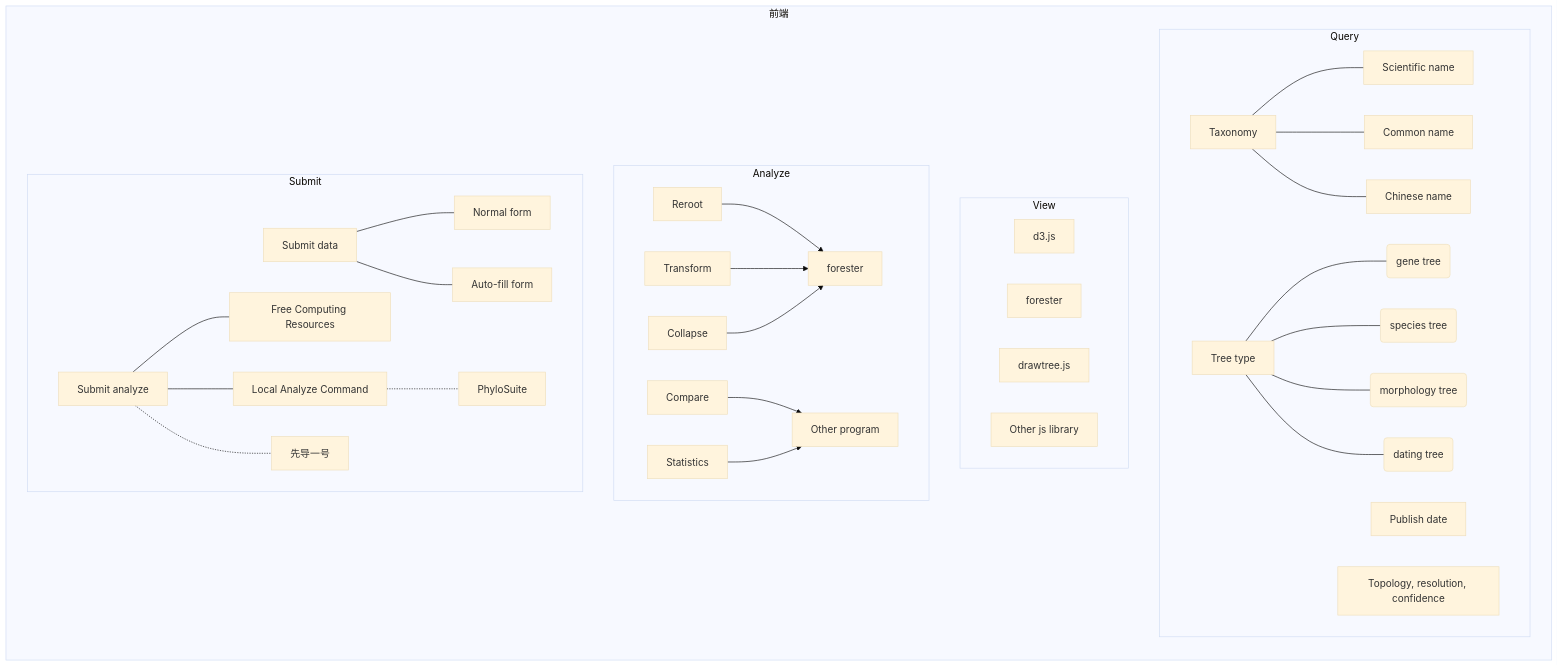
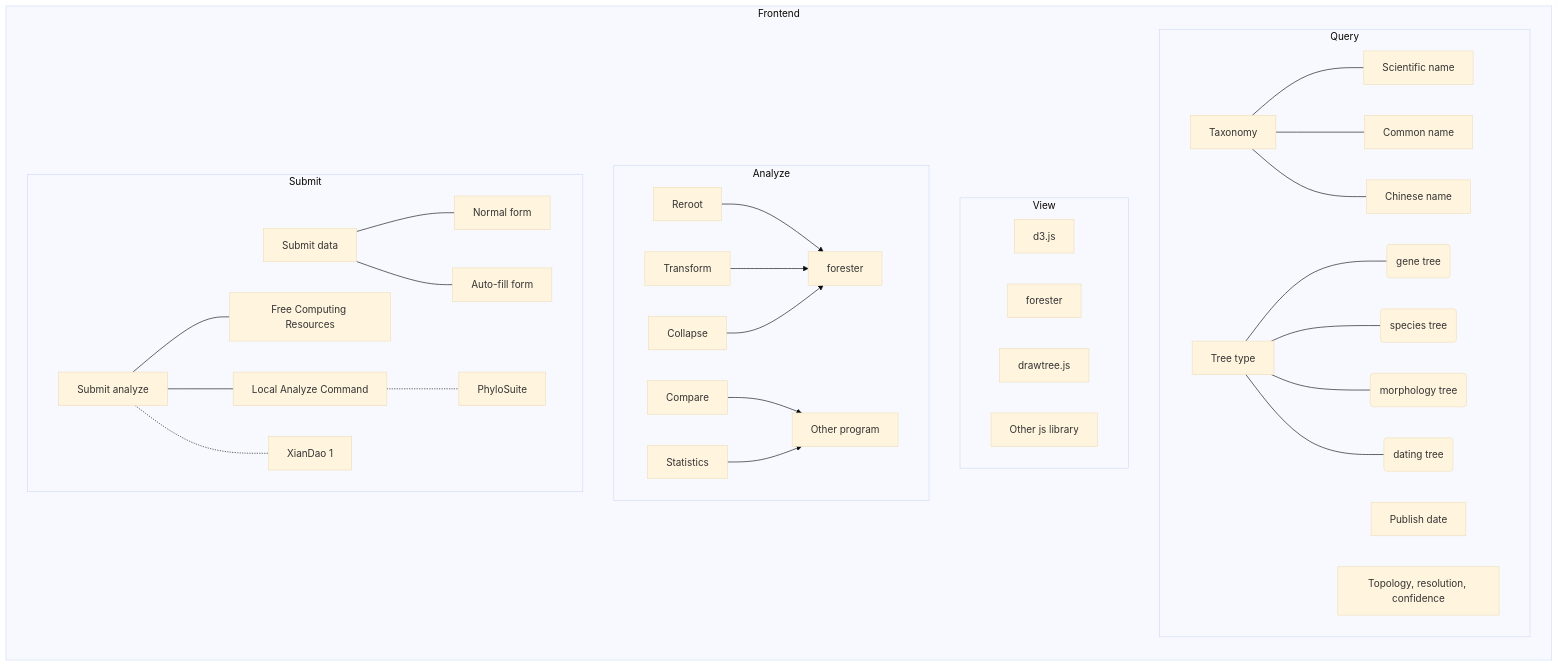
One commit to wpwupingwp/treehub changed the third of 4 diagrams in README.md. Above: the diagram before and after it, drawn with Mermaid. The commit also changed other lines of this file, not shown here.

Commit message:
pycharm do not support chinese in mermaid

````diff
--- a/README.md
+++ b/README.md
@@ -100,39 +100,39 @@
 ```mermaid
 %%{init: {'theme': 'base'}}%%
 flowchart LR
-    subgraph 前端
+    subgraph Frontend
         subgraph Query
             q1[Taxonomy]
             q1 --- qq1[Scientific name]
             q1 --- qq2[Common name]
             q1 --- qq3[Chinese name]
             q2[Publish date]
             q3[Tree type]
             q3 --- t1(gene tree)
             q3 --- t2(species tree)
             q3 --- t3(morphology tree)
             q3 --- t4(dating tree)
             q4[Topology, resolution, confidence]
         end
         subgraph View
             v1[d3.js]
             v2[forester]
             v3[drawtree.js]
             v4[Other js library]
         end
         subgraph Analyze
             Reroot --> forester
             Transform --> forester
             Collapse --> forester
             Compare --> a1[Other program]
             Statistics --> a1
         end
         subgraph Submit
             s0[Submit data] --- sf1[Normal form]
             s0[Submit data] --- sf2[Auto-fill form]
             s1[Submit analyze] --- sa2[Free Computing Resources]
             s1[Submit analyze] --- sa3[Local Analyze Command] -.- PhyloSuite
-            s1[Submit analyze] -.- sa1[先导一号]
+            s1[Submit analyze] -.- sa1[XianDao 1]
         end
     end
 ```
````
